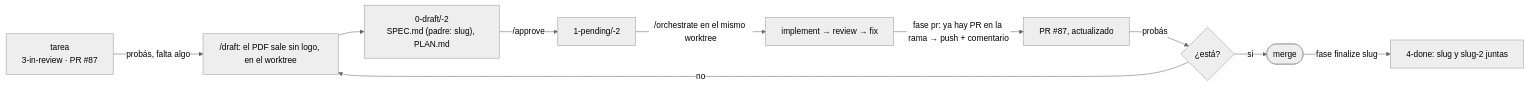
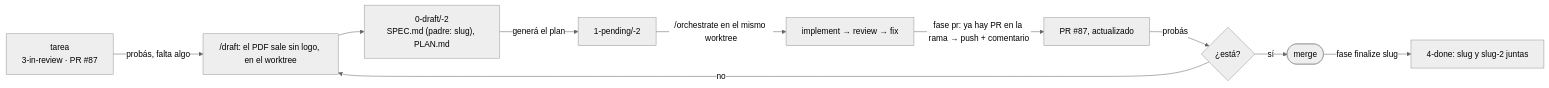
The diagram in skills/workflow/references/iterate.md (octavio-parozlabs/mindstack), drawn with Mermaid (neutral theme) before and after one commit. The commit also changed other lines of this file and 24 other files, not shown here.

````diff
--- a/skills/workflow/references/iterate.md
+++ b/skills/workflow/references/iterate.md
@@ -5,11 +5,11 @@
 ```mermaid
 flowchart LR
     P["tarea <slug>\n3-in-review · PR #87"] -->|probás, falta algo| I["/draft: el PDF sale sin logo, en el worktree"]
     I --> A["0-draft/<slug>-2\nSPEC.md (padre: slug), PLAN.md"]
-    A -->|/approve| B["1-pending/<slug>-2"]
+    A -->|generá el plan| B["1-pending/<slug>-2"]
     B -->|/orchestrate en el mismo worktree| C["implement → review → fix"]
     C -->|"fase pr: ya hay PR en la rama → push + comentario"| P2["PR #87, actualizado"]
     P2 -->|probás| D{¿está?}
     D -- no --> I
     D -- sí --> M([merge]) -->|fase finalize slug| F["4-done: slug y slug-2 juntas"]
 ```
````
